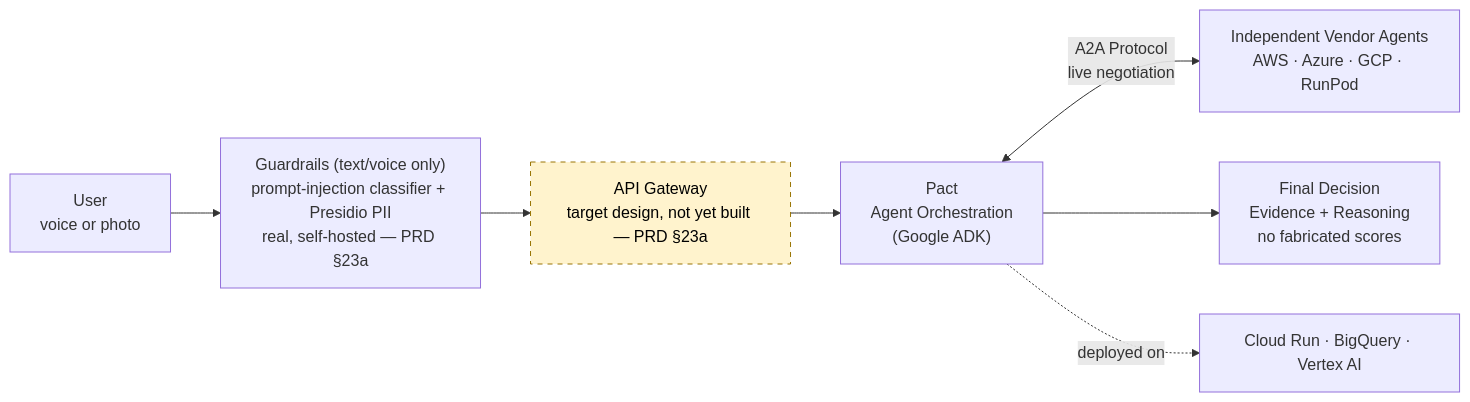
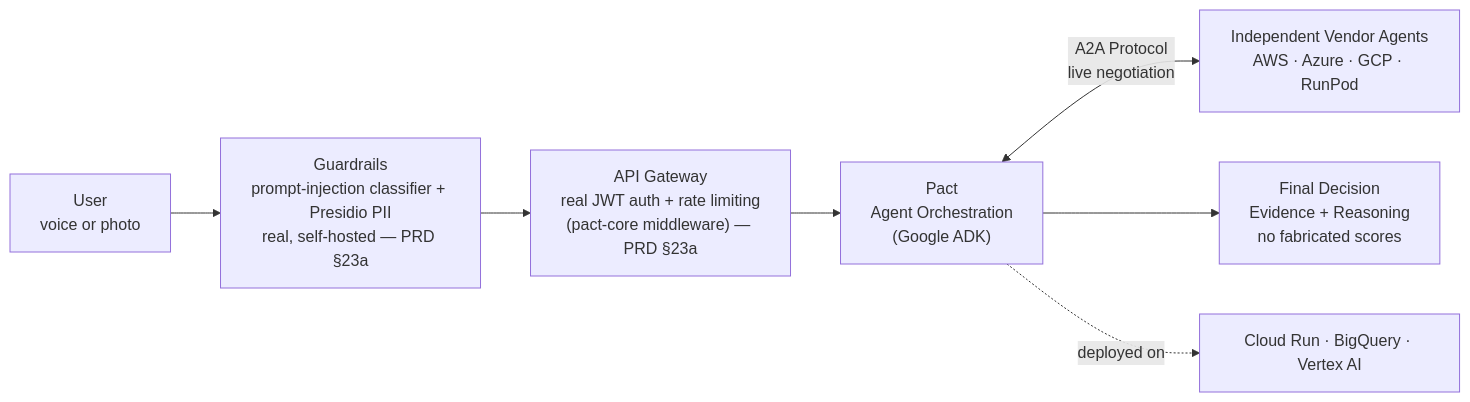
The first of 5 diagrams in docs/ARCHITECTURE.md (maha-rk/pact), drawn with Mermaid before and after one commit. The commit also changed other lines of this file and 21 other files, not shown here.

First line of the commit message:
Close every remaining Architecture Copilot gap for real, not on paper

````diff
--- a/docs/ARCHITECTURE.md
+++ b/docs/ARCHITECTURE.md
@@ -18,12 +18,9 @@
 ```mermaid
 flowchart LR
-    USER["User<br/>voice or photo"] --> GUARDRAILS["Guardrails (text/voice only)<br/>prompt-injection classifier + Presidio PII<br/>real, self-hosted — PRD §23a"]
-    GUARDRAILS --> GATEWAY["API Gateway<br/>target design, not yet built — PRD §23a"]
+    USER["User<br/>voice or photo"] --> GUARDRAILS["Guardrails<br/>prompt-injection classifier + Presidio PII<br/>real, self-hosted — PRD §23a"]
+    GUARDRAILS --> GATEWAY["API Gateway<br/>real JWT auth + rate limiting<br/>(pact-core middleware) — PRD §23a"]
     GATEWAY --> ORCH["Pact<br/>Agent Orchestration<br/>(Google ADK)"]
     ORCH <-->|A2A Protocol<br/>live negotiation| VENDORS["Independent Vendor Agents<br/>AWS · Azure · GCP · RunPod"]
     ORCH --> DECISION["Final Decision<br/>Evidence + Reasoning<br/>no fabricated scores"]
     ORCH -.->|deployed on| INFRA["Cloud Run · BigQuery · Vertex AI"]
-
-    classDef planned stroke-dasharray: 5 5,fill:#fff3cd,stroke:#997404,color:#000
-    class GATEWAY planned
 ```
````
